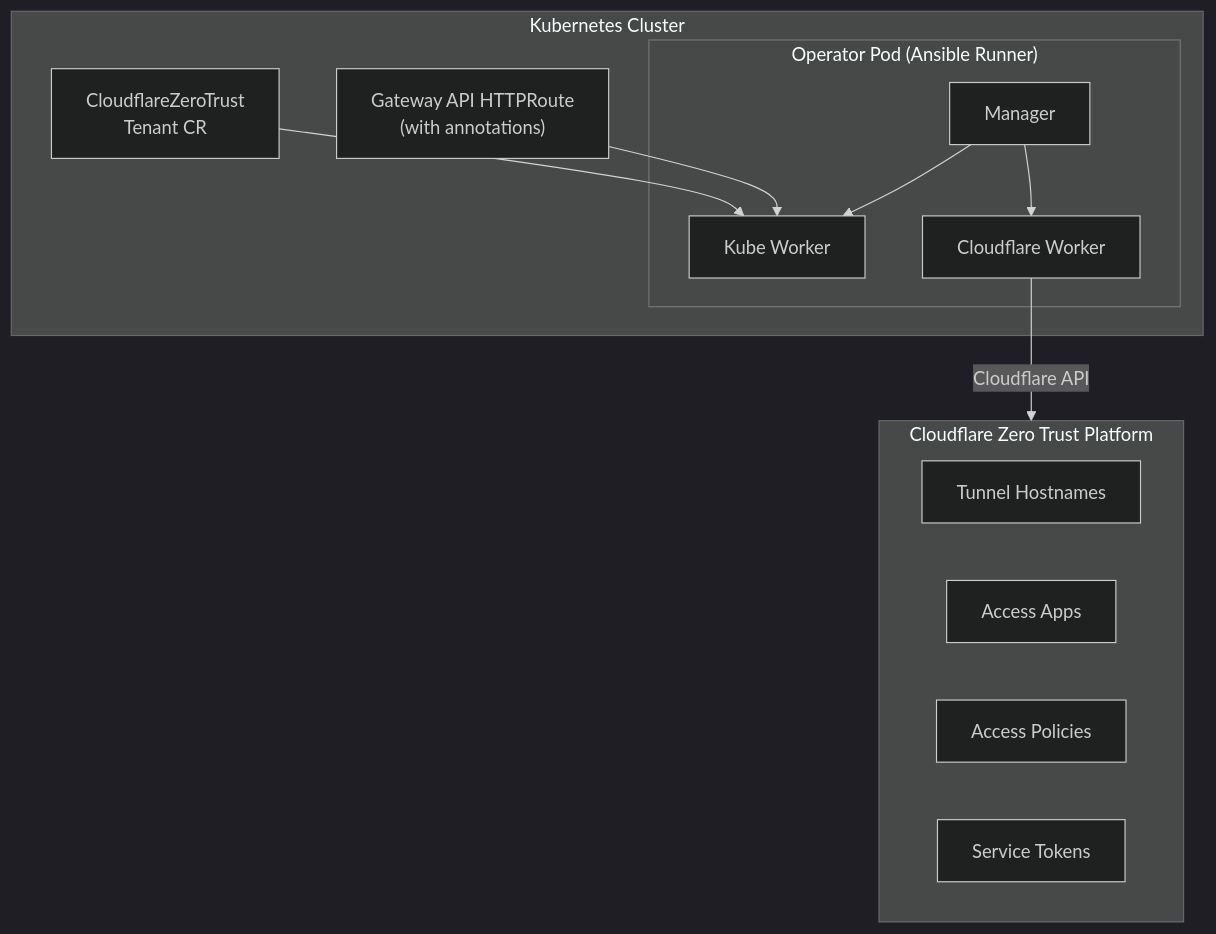
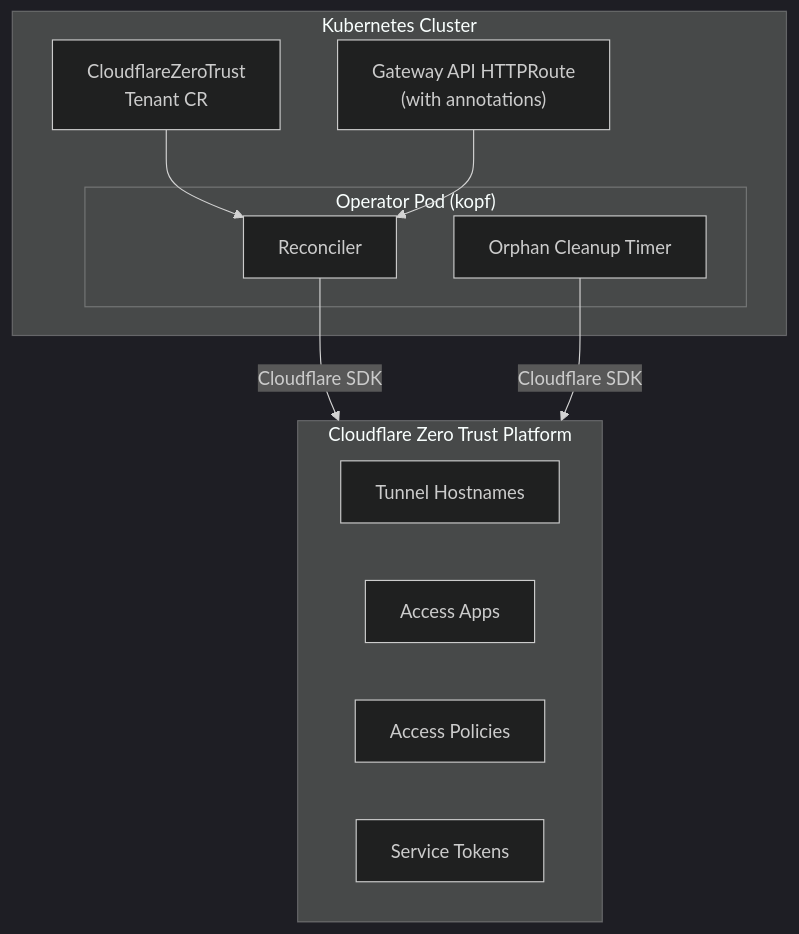
Before and after one commit to wheetazlab/cloudflare-zero-trust-operator: the diagram in docs/README.md, drawn with Mermaid (dark theme). The commit also changed other lines of this file and 51 other files, not shown here.

Commit message:
chore: remove all ansible artifacts, update docs for kopf-based architecture

````diff
--- a/docs/README.md
+++ b/docs/README.md
@@ -19,25 +19,23 @@
 ```mermaid
 flowchart TB
     subgraph k8s["Kubernetes Cluster"]
         tenant["CloudflareZeroTrust\nTenant CR"]
         httproute["Gateway API HTTPRoute\n(with annotations)"]
-        subgraph operator["Operator Pod (Ansible Runner)"]
-            manager["Manager"]
-            kube_worker["Kube Worker"]
-            cf_worker["Cloudflare Worker"]
+        subgraph operator["Operator Pod (kopf)"]
+            reconciler["Reconciler"]
+            cleanup["Orphan Cleanup Timer"]
         end
-        tenant --> kube_worker
-        httproute --> kube_worker
-        manager --> kube_worker
-        manager --> cf_worker
+        tenant --> reconciler
+        httproute --> reconciler
     end
 
     subgraph cf["Cloudflare Zero Trust Platform"]
         tunnels["Tunnel Hostnames"]
         access_apps["Access Apps"]
         access_policies["Access Policies"]
         service_tokens["Service Tokens"]
     end
 
-    cf_worker -->|"Cloudflare API"| cf
+    reconciler -->|"Cloudflare SDK"| cf
+    cleanup -->|"Cloudflare SDK"| cf
 ```
````
